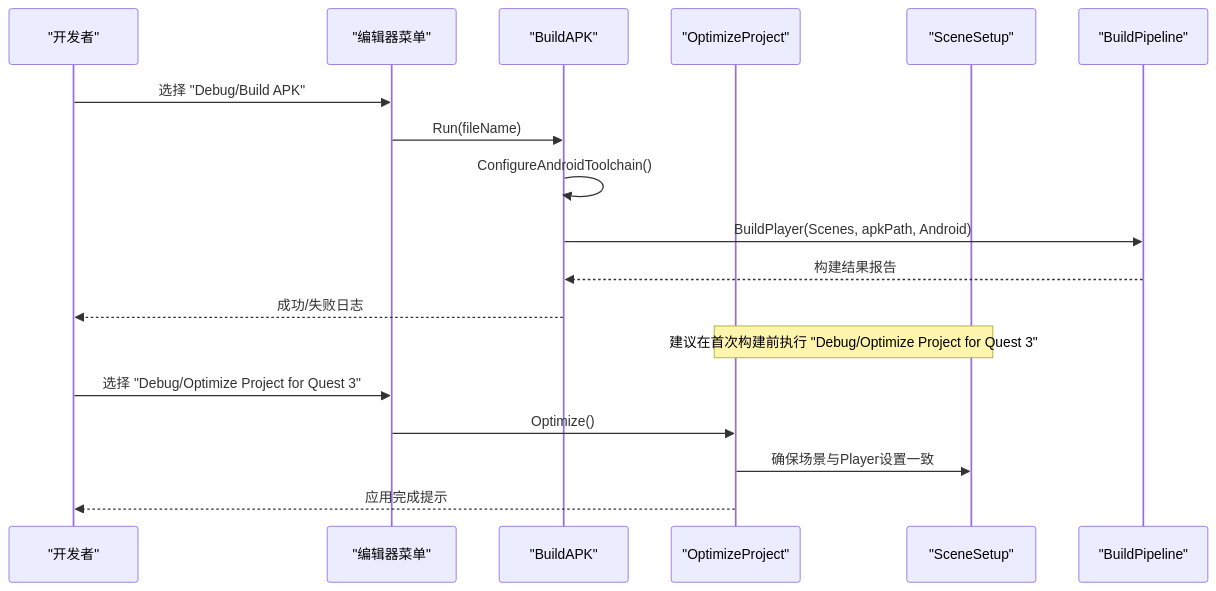
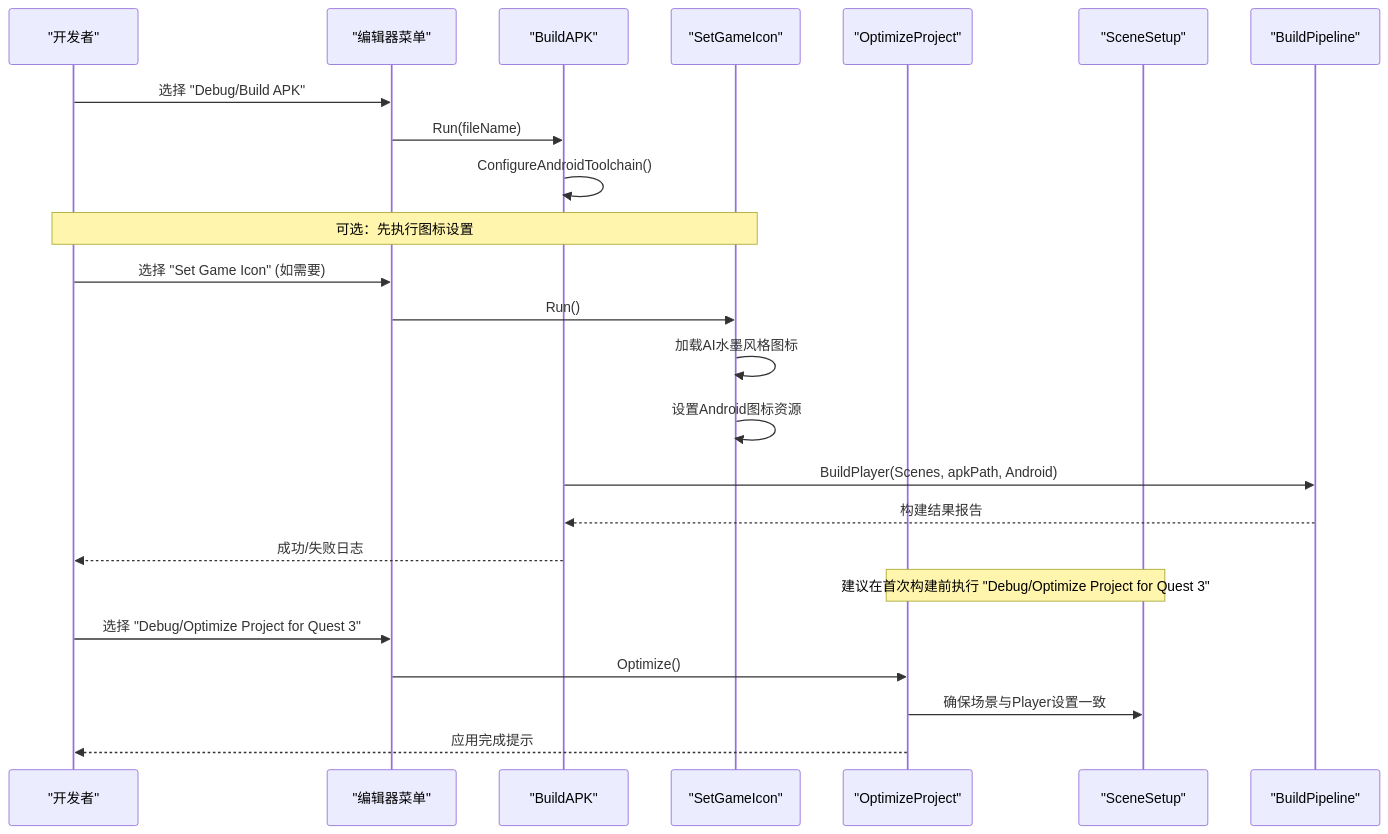
Before and after one commit to cpufreestyle/InkRidge: the second of 5 diagrams in .qoder/repowiki/zh/content/部署构建.md, drawn with Mermaid. The commit also changed other lines of this file and 17 other files, not shown here.

````diff
--- a/.qoder/repowiki/zh/content/部署构建.md
+++ b/.qoder/repowiki/zh/content/部署构建.md
@@ -75,20 +91,26 @@
 ```mermaid
 sequenceDiagram
 participant Dev as "开发者"
 participant Menu as "编辑器菜单"
 participant BA as "BuildAPK"
+participant SG as "SetGameIcon"
 participant OP as "OptimizeProject"
 participant SS as "SceneSetup"
 participant BP as "BuildPipeline"
 Dev->>Menu : 选择 "Debug/Build APK"
 Menu->>BA : Run(fileName)
 BA->>BA : ConfigureAndroidToolchain()
+Note over Dev,SG : 可选：先执行图标设置
+Dev->>Menu : 选择 "Set Game Icon" (如需要)
+Menu->>SG : Run()
+SG->>SG : 加载AI水墨风格图标
+SG->>SG : 设置Android图标资源
 BA->>BP : BuildPlayer(Scenes, apkPath, Android)
 BP-->>BA : 构建结果报告
 BA-->>Dev : 成功/失败日志
 Note over OP,SS : 建议在首次构建前执行 "Debug/Optimize Project for Quest 3"
 Dev->>Menu : 选择 "Debug/Optimize Project for Quest 3"
 Menu->>OP : Optimize()
 OP->>SS : 确保场景与Player设置一致
 OP-->>Dev : 应用完成提示
 ```
````
